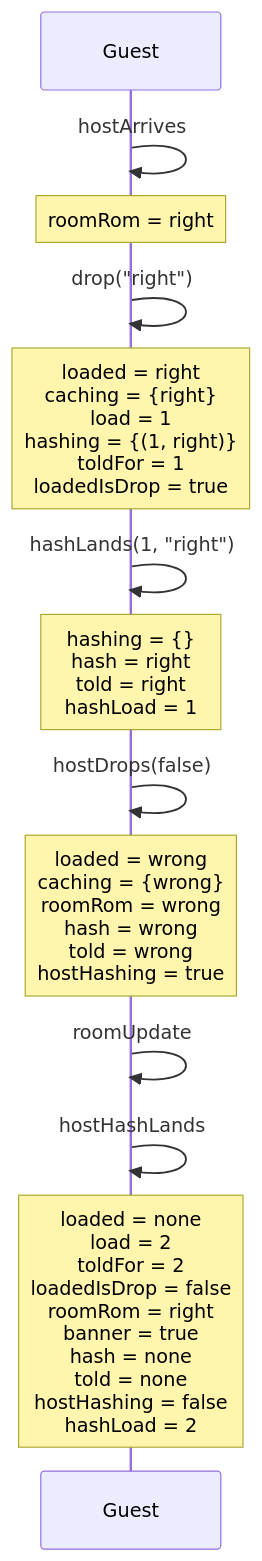
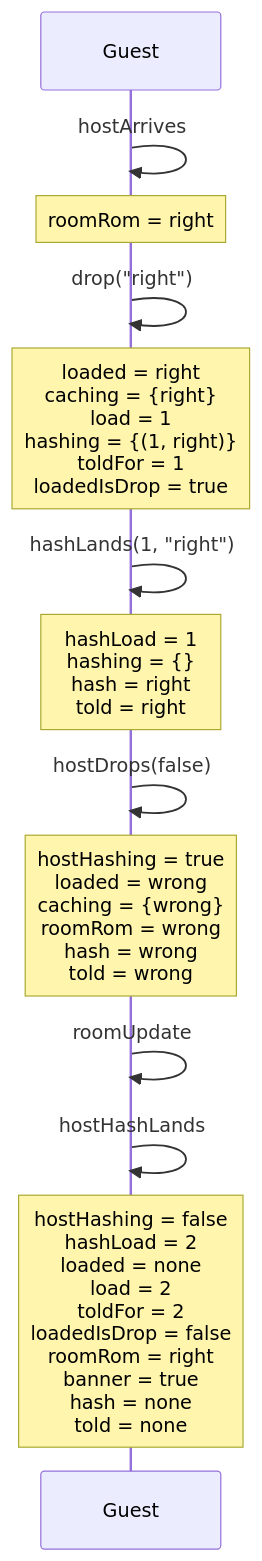
Before and after one commit to kwilson21/kaillera-next: diagram 23 of 27 in docs/spec-traces.md, drawn with Mermaid. The commit also changed other lines of this file, not shown here.

````diff
--- a/docs/spec-traces.md
+++ b/docs/spec-traces.md
@@ -631,15 +631,15 @@
 ```mermaid
 sequenceDiagram
   participant Guest
   Guest->>Guest: hostArrives
   Note over Guest: roomRom = right
   Guest->>Guest: drop("right")
   Note over Guest: loaded = right<br/>caching = {right}<br/>load = 1<br/>hashing = {(1, right)}<br/>toldFor = 1<br/>loadedIsDrop = true
   Guest->>Guest: hashLands(1, "right")
-  Note over Guest: hashing = {}<br/>hash = right<br/>told = right<br/>hashLoad = 1
+  Note over Guest: hashLoad = 1<br/>hashing = {}<br/>hash = right<br/>told = right
   Guest->>Guest: hostDrops(false)
-  Note over Guest: loaded = wrong<br/>caching = {wrong}<br/>roomRom = wrong<br/>hash = wrong<br/>told = wrong<br/>hostHashing = true
+  Note over Guest: hostHashing = true<br/>loaded = wrong<br/>caching = {wrong}<br/>roomRom = wrong<br/>hash = wrong<br/>told = wrong
   Guest->>Guest: roomUpdate
   Guest->>Guest: hostHashLands
-  Note over Guest: loaded = none<br/>load = 2<br/>toldFor = 2<br/>loadedIsDrop = false<br/>roomRom = right<br/>banner = true<br/>hash = none<br/>told = none<br/>hostHashing = false<br/>hashLoad = 2
+  Note over Guest: hostHashing = false<br/>hashLoad = 2<br/>loaded = none<br/>load = 2<br/>toldFor = 2<br/>loadedIsDrop = false<br/>roomRom = right<br/>banner = true<br/>hash = none<br/>told = none
 ```
````
